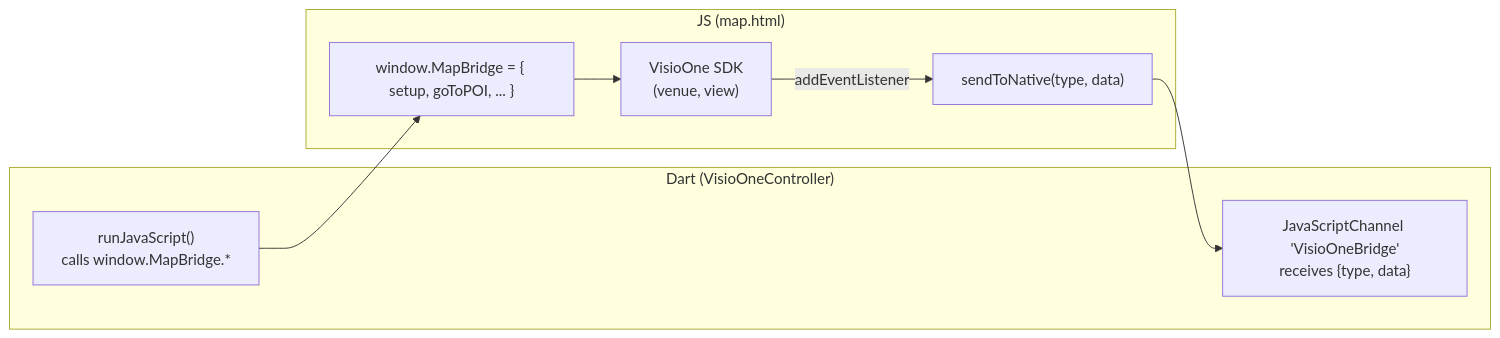
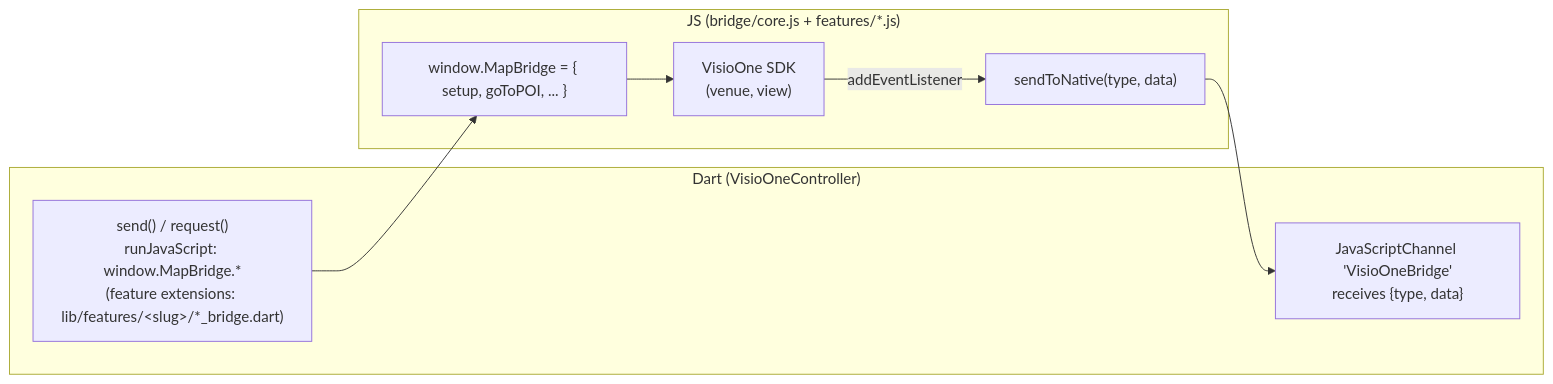
One commit to visioglobe-sas/VisioOneMeetFlutter changed the second of 3 diagrams in docs/ARCHITECTURE.md. Above: the diagram before and after it, drawn with Mermaid. The commit also changed other lines of this file and 32 other files, not shown here.

````diff
--- a/docs/ARCHITECTURE.md
+++ b/docs/ARCHITECTURE.md
@@ -35,15 +53,15 @@
 ```mermaid
 graph LR
   subgraph Native["Dart (VisioOneController)"]
-    N1["runJavaScript()<br/>calls window.MapBridge.*"]
+    N1["send() / request()<br/>runJavaScript: window.MapBridge.*<br/>(feature extensions: lib/features/&lt;slug&gt;/*_bridge.dart)"]
     N2["JavaScriptChannel 'VisioOneBridge'<br/>receives {type, data}"]
   end
-  subgraph Web["JS (map.html)"]
+  subgraph Web["JS (bridge/core.js + features/*.js)"]
     J1["window.MapBridge = { setup, goToPOI, ... }"]
     J2["sendToNative(type, data)"]
     SDK["VisioOne SDK<br/>(venue, view)"]
   end
 
   N1 --> J1 --> SDK
   SDK -->|addEventListener| J2 --> N2
 ```
````
